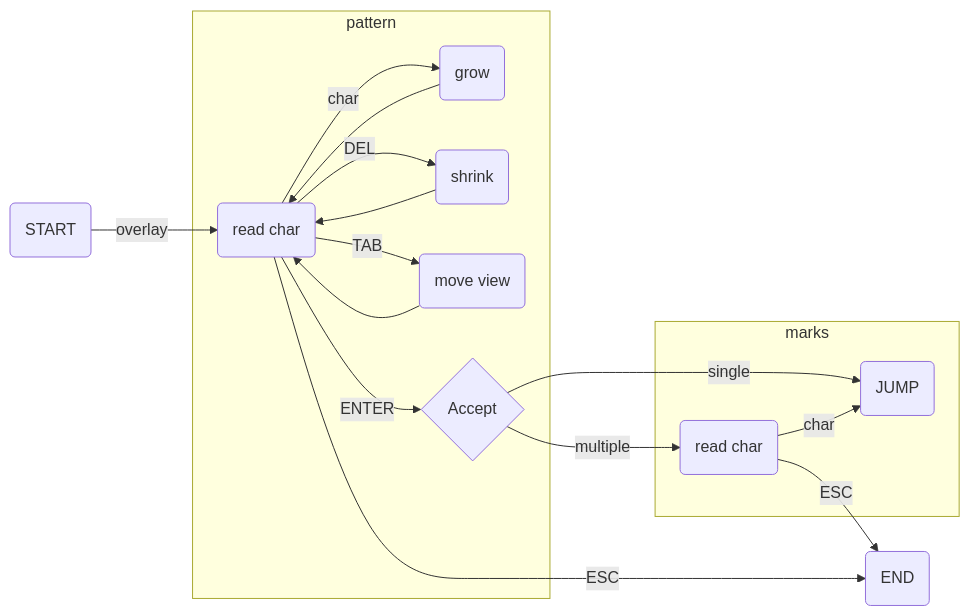
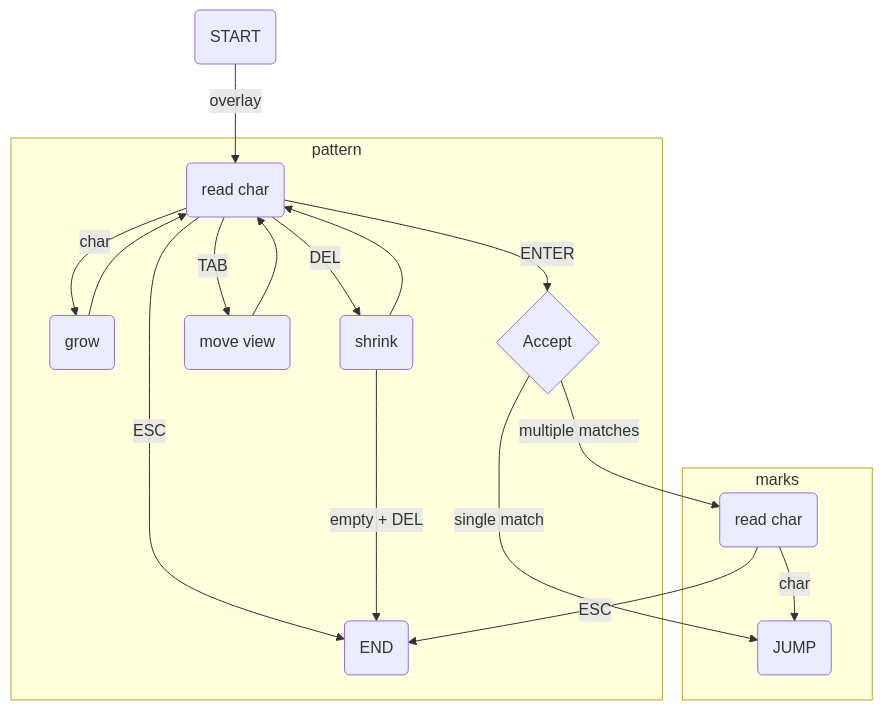
One commit to lfrati/onesearch.nvim changed the diagram in README.md. Above: the diagram before and after it, drawn with Mermaid.

````diff
--- a/README.md
+++ b/README.md
@@ -31,17 +31,18 @@
 ```mermaid
-graph LR
+graph TD
     A(START) -->|overlay| B(read char)
     B -->|ESC| C(END)
     subgraph pattern
         B --> |char| E(grow) --> B
         B --> |DEL| F(shrink) --> B 
+        F --> |empty + DEL| C
         B -->|TAB| G(move view) --> B
         B -->|ENTER| D{Accept}
     end
     subgraph marks
-        D --> |single|J
-        D --> |multiple|H(read char)
+        D --> |single match|J
+        D --> |multiple matches|H(read char)
         H --> |char|J(JUMP)
     end
     H --> |ESC|C
 ```
````
